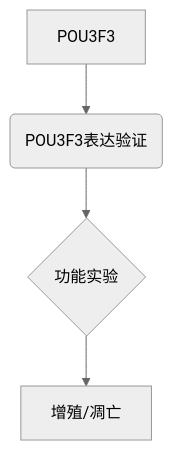
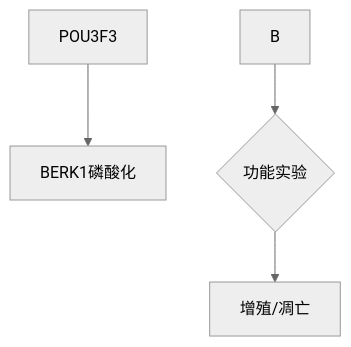
The diagram in all/未命名.md (luoshui-binghua/iodraw-files), drawn with Mermaid (neutral theme) before and after one commit.

Commit message:
2025-06-20 10:44:32 update

````diff
--- a/all/未命名.md
+++ b/all/未命名.md
@@ -1,7 +1,7 @@
 ```mermaid
 graph TD
-A[POU3F3] --> B(POU3F3表达验证)
+A[POU3F3] --> BERK1磷酸化
 B --> C{功能实验}
 C --> D[增殖/凋亡]
 
 ```
````
